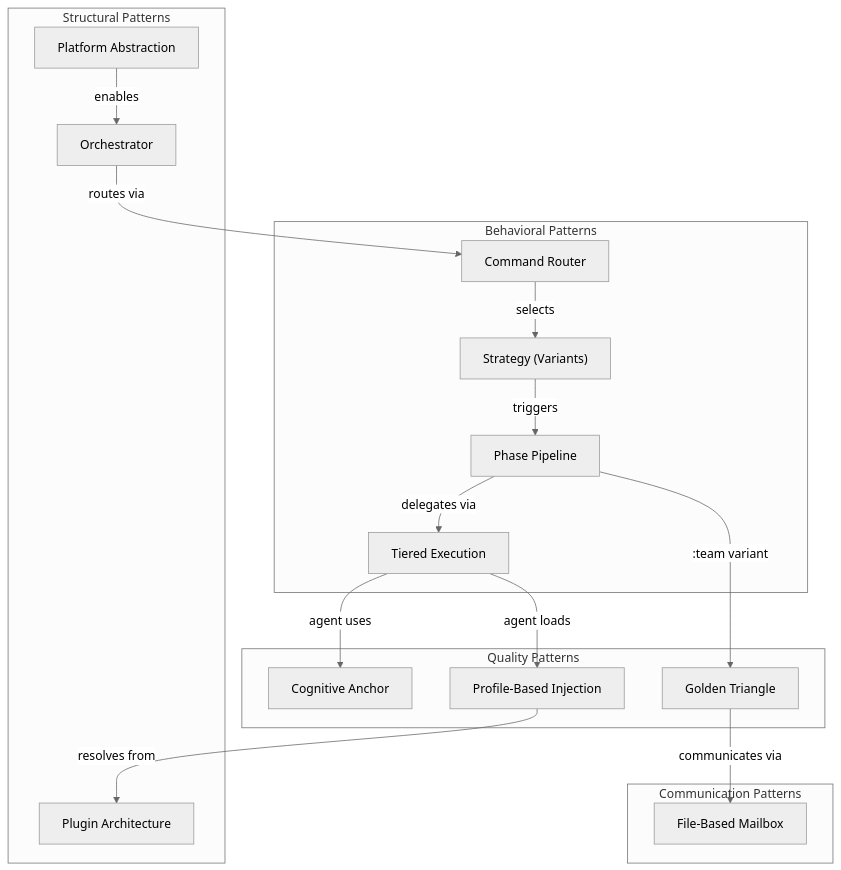
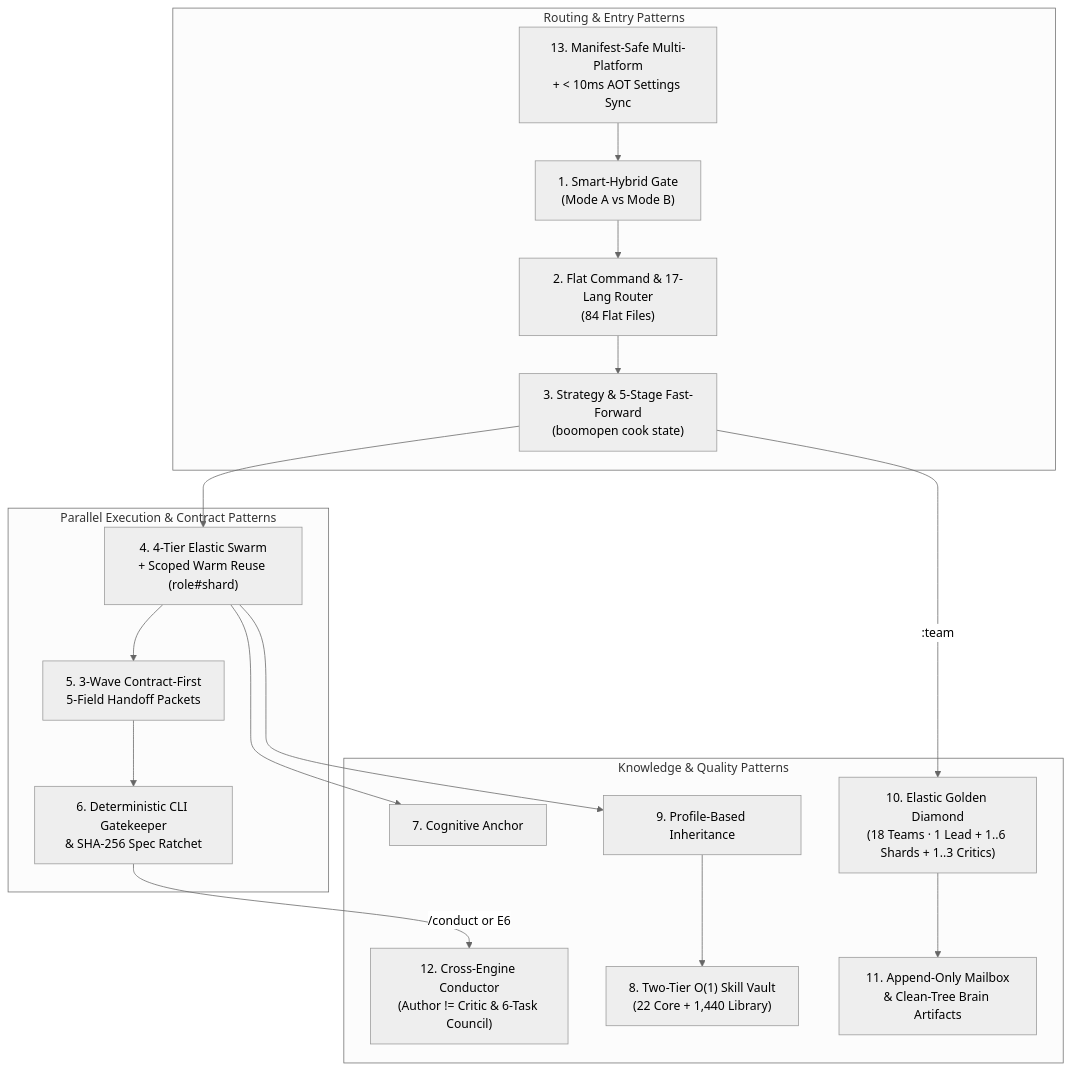
Before and after one commit to Kennyboom/BoomOpen-Workflow-Kit-Pro: the diagram in documents/knowledge-architecture/04-design-patterns.md, drawn with Mermaid (neutral theme). The commit also changed other lines of this file and 302 other files, not shown here.

Commit message:
fix(workflows,docs): align 84 commands, 18 teams, 5 platforms, 17 READMEs & 50 knowledge docs to Pro v5.5

````diff
--- a/documents/knowledge-architecture/04-design-patterns.md
+++ b/documents/knowledge-architecture/04-design-patterns.md
@@ -30,36 +32,31 @@
 ```mermaid
 graph TD
-    subgraph "Structural Patterns"
-        P1["Orchestrator"]
-        P6["Plugin Architecture"]
-        P11["Platform Abstraction"]
+    subgraph "Routing & Entry Patterns"
+        P1["1. Smart-Hybrid Gate<br/>(Mode A vs Mode B)"]
+        P2["2. Flat Command & 17-Lang Router<br/>(84 Flat Files)"]
+        P3["3. Strategy & 5-Stage Fast-Forward<br/>(boomopen cook state)"]
+        P13["13. Manifest-Safe Multi-Platform<br/>+ < 10ms AOT Settings Sync"]
     end
 
-    subgraph "Behavioral Patterns"
-        P2["Command Router"]
-        P3["Strategy (Variants)"]
-        P4["Tiered Execution"]
-        P9["Phase Pipeline"]
+    subgraph "Parallel Execution & Contract Patterns"
+        P4["4. 4-Tier Elastic Swarm<br/>+ Scoped Warm Reuse (role#shard)"]
+        P5["5. 3-Wave Contract-First<br/>5-Field Handoff Packets"]
+        P6["6. Deterministic CLI Gatekeeper<br/>& SHA-256 Spec Ratchet"]
     end
 
-    subgraph "Quality Patterns"
-        P5["Cognitive Anchor"]
-        P7["Profile-Based Injection"]
-        P10["Golden Triangle"]
+    subgraph "Knowledge & Quality Patterns"
+        P7["7. Cognitive Anchor"]
+        P8["8. Two-Tier O(1) Skill Vault<br/>(22 Core + 1,440 Library)"]
+        P9["9. Profile-Based Inheritance"]
+        P10["10. Elastic Golden Diamond<br/>(18 Teams · 1 Lead + 1..6 Shards + 1..3 Critics)"]
+        P11["11. Append-Only Mailbox<br/>& Clean-Tree Brain Artifacts"]
+        P12["12. Cross-Engine Conductor<br/>(Author != Critic & 6-Task Council)"]
     end
 
-    subgraph "Communication Patterns"
-        P8["File-Based Mailbox"]
-    end
-
-    P1 -->|"routes via"| P2
-    P2 -->|"selects"| P3
-    P3 -->|"triggers"| P9
-    P9 -->|"delegates via"| P4
-    P4 -->|"agent uses"| P5
-    P4 -->|"agent loads"| P7
-    P7 -->|"resolves from"| P6
-    P9 -->|":team variant"| P10
-    P10 -->|"communicates via"| P8
-    P11 -->|"enables"| P1
+    P13 --> P1 --> P2 --> P3 --> P4
+    P4 --> P5 --> P6
+    P4 --> P7 & P9
+    P9 --> P8
+    P3 -->|":team"| P10 --> P11
+    P6 -->|"/conduct or E6"| P12
 ```
````
